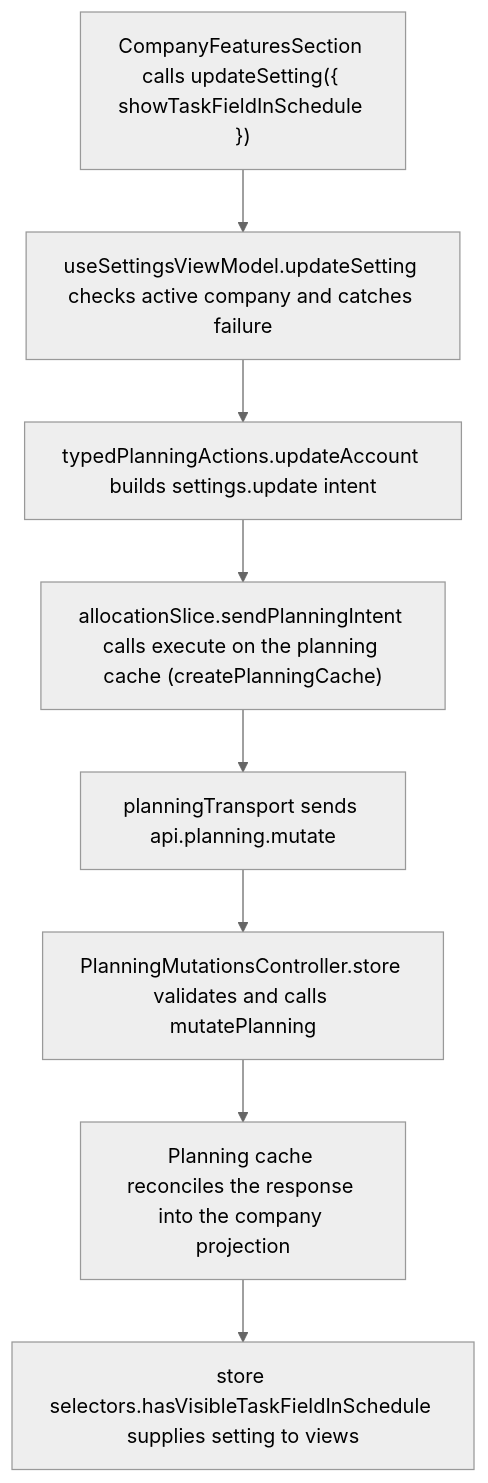
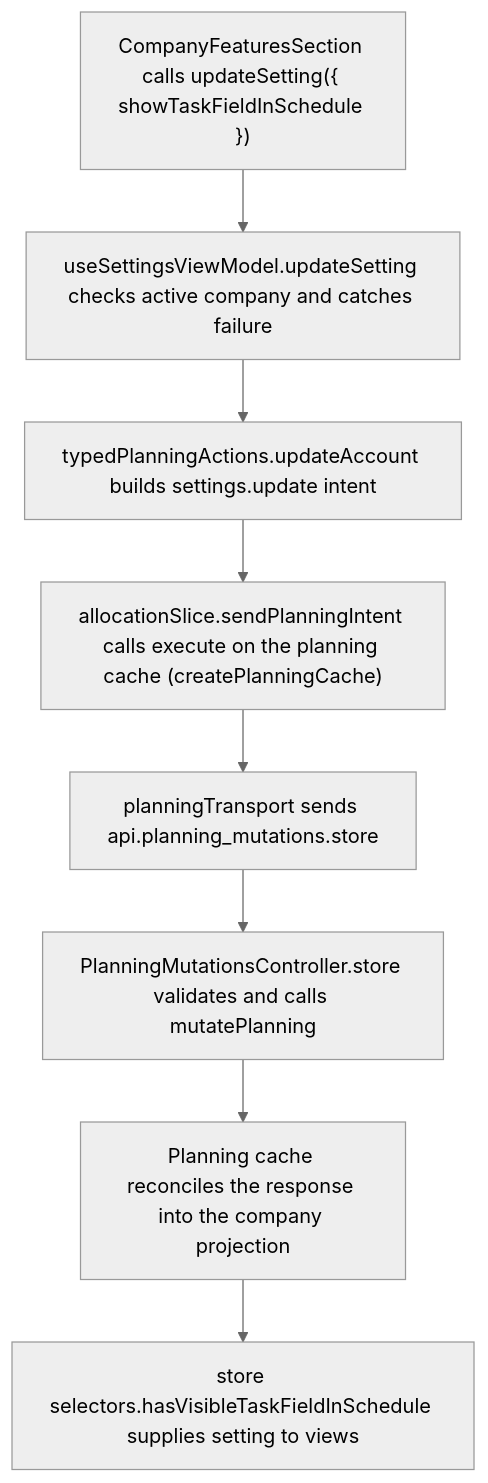
The second of 2 diagrams in user-stories/settings/US-SET-24-task-field.md (Kevinjohn/capacitylens), drawn with Mermaid (neutral theme) before and after one commit. The commit also changed 153 other files, not shown here.

````diff
--- a/user-stories/settings/US-SET-24-task-field.md
+++ b/user-stories/settings/US-SET-24-task-field.md
@@ -29,10 +29,10 @@
 ```mermaid
 flowchart TD
   control["CompanyFeaturesSection calls updateSetting({ showTaskFieldInSchedule })"] --> view["useSettingsViewModel.updateSetting checks active company and catches failure"]
   view --> action["typedPlanningActions.updateAccount builds settings.update intent"]
   action --> execute["allocationSlice.sendPlanningIntent calls execute on the planning cache (createPlanningCache)"]
-  execute --> transport["planningTransport sends api.planning.mutate"]
+  execute --> transport["planningTransport sends api.planning_mutations.store"]
   transport --> route["PlanningMutationsController.store validates and calls mutatePlanning"]
   route --> reply["Planning cache reconciles the response into the company projection"]
   reply --> read["store selectors.hasVisibleTaskFieldInSchedule supplies setting to views"]
 ```
````
